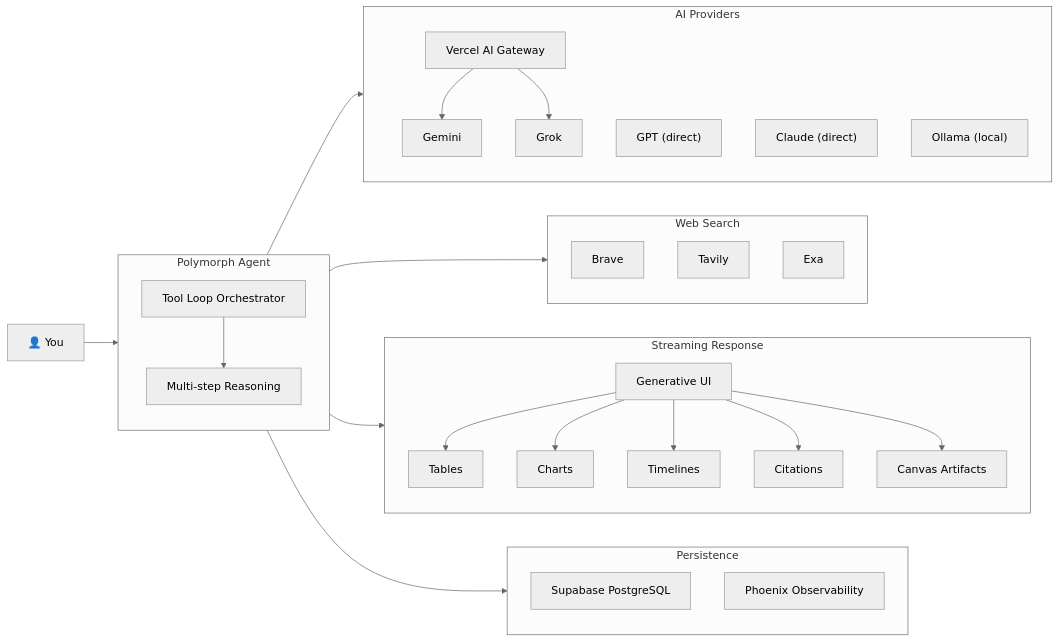
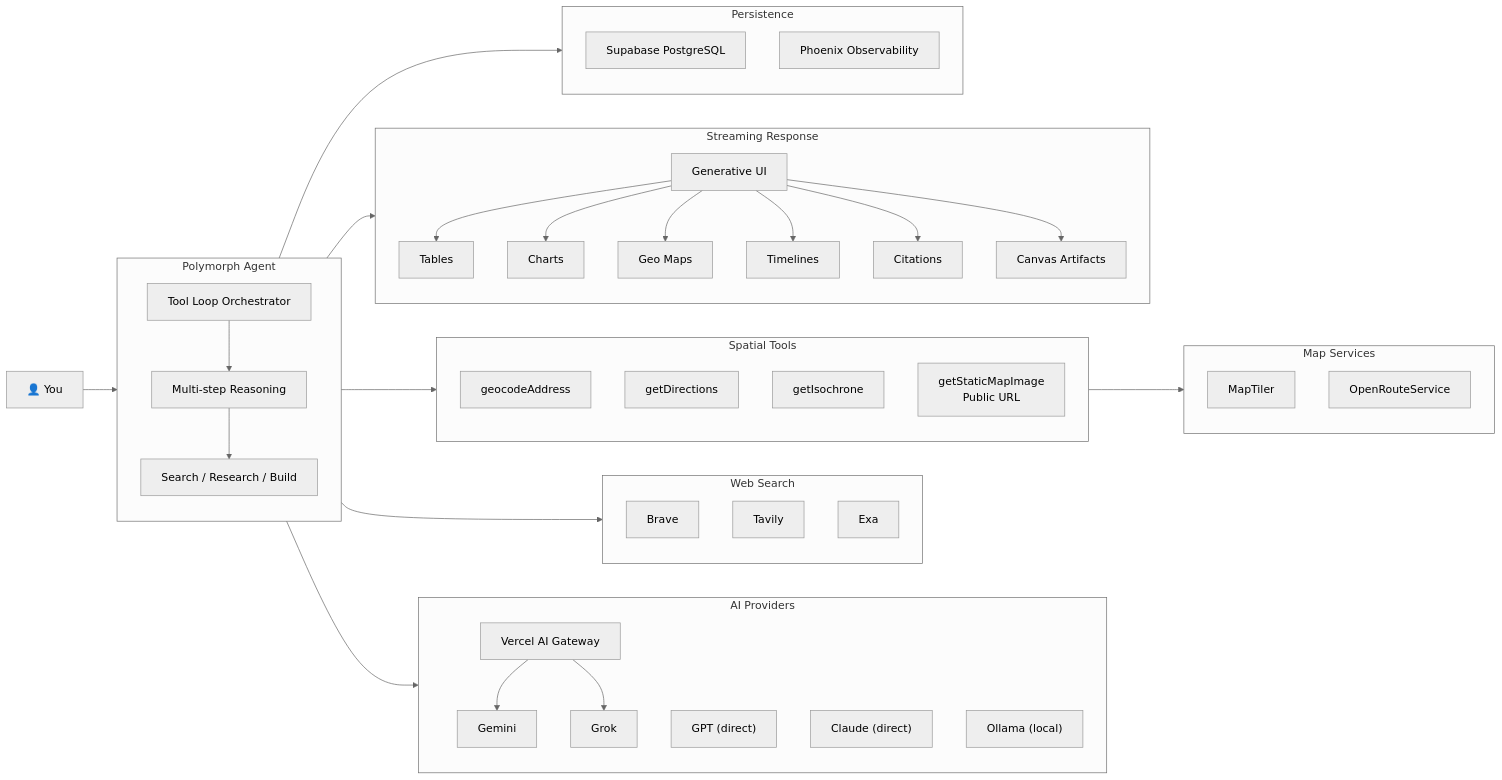
Before and after one commit to NickB03/polymorph: the diagram in README.md, drawn with Mermaid (neutral theme). The commit also changed other lines of this file and 12 other files, not shown here.

First line of the commit message:
docs: refresh architecture and feature references (#156)

````diff
--- a/README.md
+++ b/README.md
@@ -28,50 +30,66 @@
 ```mermaid
 graph LR
     User["👤 You"]
 
     subgraph Agent["Polymorph Agent"]
         direction TB
         Orchestrator["Tool Loop Orchestrator"]
         Reasoning["Multi-step Reasoning"]
-        Orchestrator --> Reasoning
+        Modes["Search / Research / Build"]
+        Orchestrator --> Reasoning --> Modes
     end
 
     subgraph Providers["AI Providers"]
         direction TB
         Gateway["Vercel AI Gateway"]
         Gemini["Gemini"]
         Grok["Grok"]
         Gateway --> Gemini & Grok
         GPT["GPT (direct)"]
         Claude["Claude (direct)"]
         Ollama["Ollama (local)"]
     end
 
     subgraph Search["Web Search"]
         Brave["Brave"]
         Tavily["Tavily"]
         Exa["Exa"]
     end
 
+    subgraph Geo["Spatial Tools"]
+        Geocode["geocodeAddress"]
+        Directions["getDirections"]
+        Isochrone["getIsochrone"]
+        StaticMap["getStaticMapImage<br/>Public URL"]
+    end
+
+    subgraph MapServices["Map Services"]
+        MapTiler["MapTiler"]
+        ORS["OpenRouteService"]
+    end
+
     subgraph Response["Streaming Response"]
         direction TB
         GenUI["Generative UI"]
         Tables["Tables"]
         Charts["Charts"]
+        GeoMaps["Geo Maps"]
         Timelines["Timelines"]
         Citations["Citations"]
         Canvas["Canvas Artifacts"]
-        GenUI --> Tables & Charts & Timelines & Citations & Canvas
+        GenUI --> Tables & Charts & GeoMaps & Timelines & Citations & Canvas
     end
 
     subgraph Data["Persistence"]
         Supabase["Supabase PostgreSQL"]
         Phoenix["Phoenix Observability"]
     end
 
     User --> Agent
     Agent --> Providers
     Agent --> Search
+    Agent --> Geo
+    Geo --> MapServices
     Agent --> Response
     Agent --> Data
 ```
````
